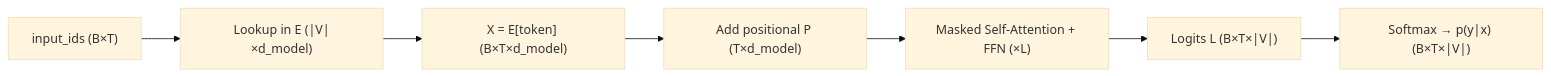
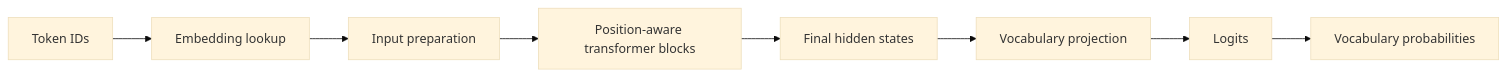
One commit to aarnphm/aarnphm.github.io changed the first of 2 diagrams in content/thoughts/Embedding.md. Above: the diagram before and after it, drawn with Mermaid (base theme). The commit also changed other lines of this file and 3 other files, not shown here.

````diff
--- a/content/thoughts/Embedding.md
+++ b/content/thoughts/Embedding.md
@@ -37,9 +45,10 @@
 ```mermaid
 flowchart LR
-  A["input_ids (B×T)"] --> B["Lookup in E (|V|×d_model)"]
-  B --> C["X = E[token] (B×T×d_model)"]
-  C --> D["Add positional P (T×d_model)"]
-  D --> E["Masked Self-Attention + FFN (×L)"]
-  E --> F["Logits L (B×T×|V|)"]
-  F --> G["Softmax → p(y|x) (B×T×|V|)"]
+  A["Token IDs"] --> B["Embedding lookup"]
+  B --> C["Input preparation"]
+  C --> D["Position-aware transformer blocks"]
+  D --> E["Final hidden states"]
+  E --> F["Vocabulary projection"]
+  F --> G["Logits"]
+  G --> H["Vocabulary probabilities"]
 ```
````
